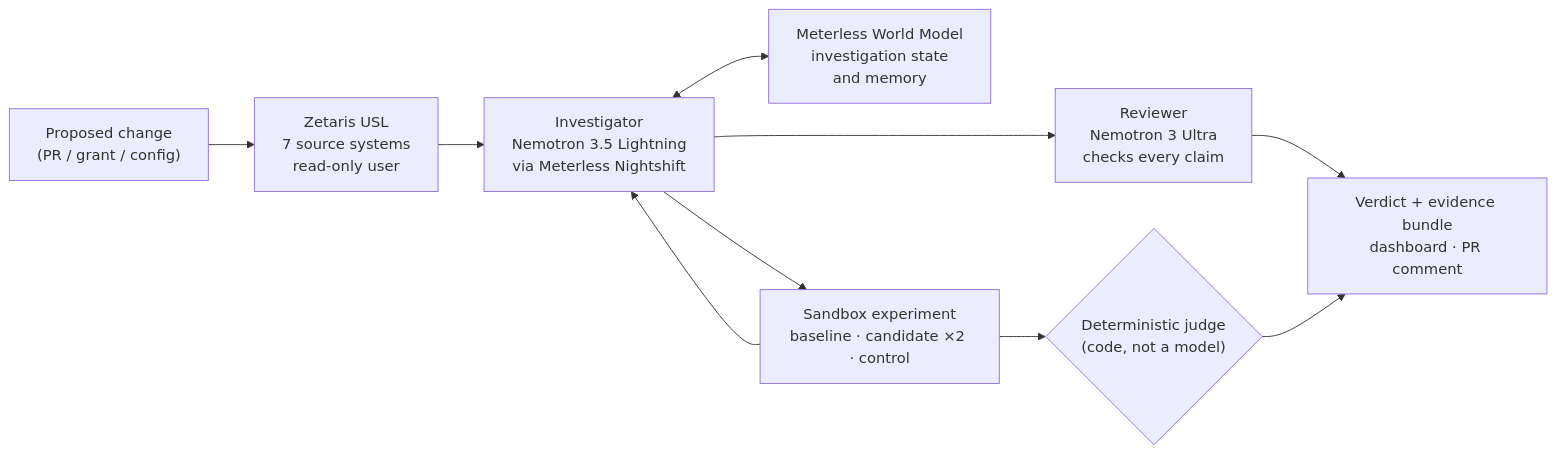
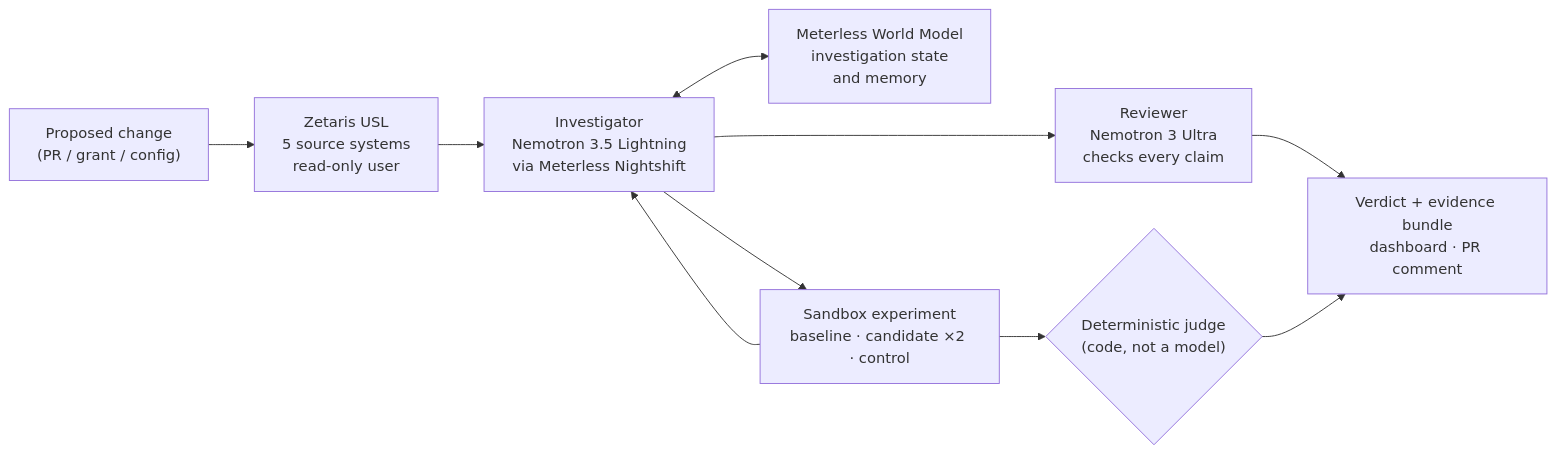
The diagram in README.md (alleti01/Domino), drawn with Mermaid before and after one commit. The commit also changed other lines of this file, not shown here.

First line of the commit message:
README: Zetaris joins five source systems, not seven

````diff
--- a/README.md
+++ b/README.md
@@ -76,12 +76,12 @@
 ```mermaid
 flowchart LR
-    PR["Proposed change<br/>(PR / grant / config)"] --> Q["Zetaris USL<br/>7 source systems<br/>read-only user"]
+    PR["Proposed change<br/>(PR / grant / config)"] --> Q["Zetaris USL<br/>5 source systems<br/>read-only user"]
     Q --> H["Investigator<br/>Nemotron 3.5 Lightning<br/>via Meterless Nightshift"]
     H <--> WM["Meterless World Model<br/>investigation state<br/>and memory"]
     H --> X["Sandbox experiment<br/>baseline · candidate ×2 · control"]
     X --> H
     X --> J{"Deterministic judge<br/>(code, not a model)"}
     H --> R["Reviewer<br/>Nemotron 3 Ultra<br/>checks every claim"]
     R --> B["Verdict + evidence bundle<br/>dashboard · PR comment"]
     J --> B
 ```
````
